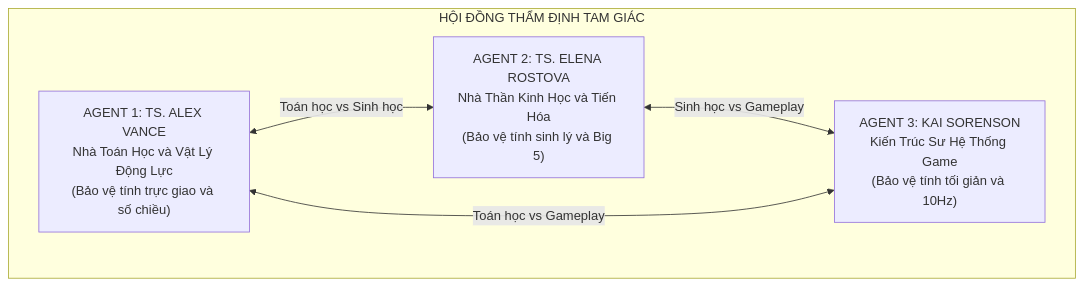
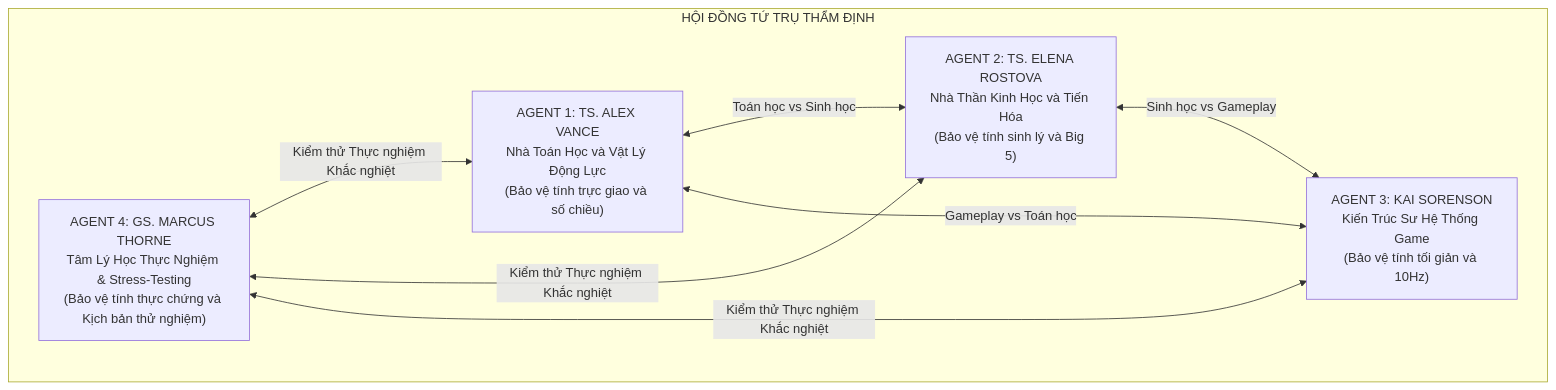
One commit to HeldenChill/Researchs changed the first of 14 diagrams in Khao-Sat-Kiem-Dinh-Cac-Truc-Khong-Gian-Tam-Ly.md. Above: the diagram before and after it, drawn with Mermaid. The commit also changed other lines of this file and 1 other file, not shown here.

Commit message:
feat(research): add 4th expert prof marcus thorne and 5 stress-test scenarios for nonlinear dynamics and big five

````diff
--- a/Khao-Sat-Kiem-Dinh-Cac-Truc-Khong-Gian-Tam-Ly.md
+++ b/Khao-Sat-Kiem-Dinh-Cac-Truc-Khong-Gian-Tam-Ly.md
@@ -10,12 +10,16 @@
 ```mermaid
 graph TD
-    subgraph THREE_AGENTS["HỘI ĐỒNG THẨM ĐỊNH TAM GIÁC"]
+    subgraph FOUR_AGENTS["HỘI ĐỒNG TỨ TRỤ THẨM ĐỊNH"]
         M["AGENT 1: TS. ALEX VANCE<br/>Nhà Toán Học và Vật Lý Động Lực<br/>(Bảo vệ tính trực giao và số chiều)"]
         N["AGENT 2: TS. ELENA ROSTOVA<br/>Nhà Thần Kinh Học và Tiến Hóa<br/>(Bảo vệ tính sinh lý và Big 5)"]
         G["AGENT 3: KAI SORENSON<br/>Kiến Trúc Sư Hệ Thống Game<br/>(Bảo vệ tính tối giản và 10Hz)"]
+        T["AGENT 4: GS. MARCUS THORNE<br/>Tâm Lý Học Thực Nghiệm & Stress-Testing<br/>(Bảo vệ tính thực chứng và Kịch bản thử nghiệm)"]
     end
 
     M <-->|Toán học vs Sinh học| N
     N <-->|Sinh học vs Gameplay| G
-    G <-->|Toán học vs Gameplay| M
+    G <-->|Gameplay vs Toán học| M
+    T <-->|Kiểm thử Thực nghiệm Khắc nghiệt| M
+    T <-->|Kiểm thử Thực nghiệm Khắc nghiệt| N
+    T <-->|Kiểm thử Thực nghiệm Khắc nghiệt| G
 ```
````
